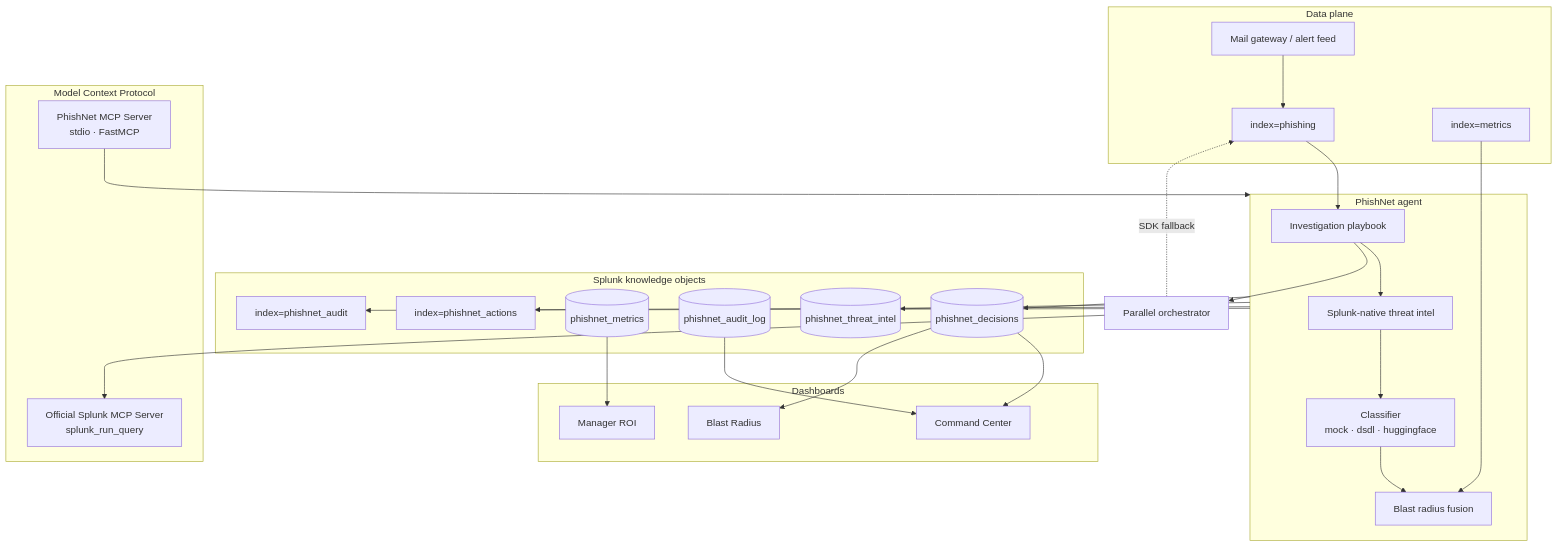
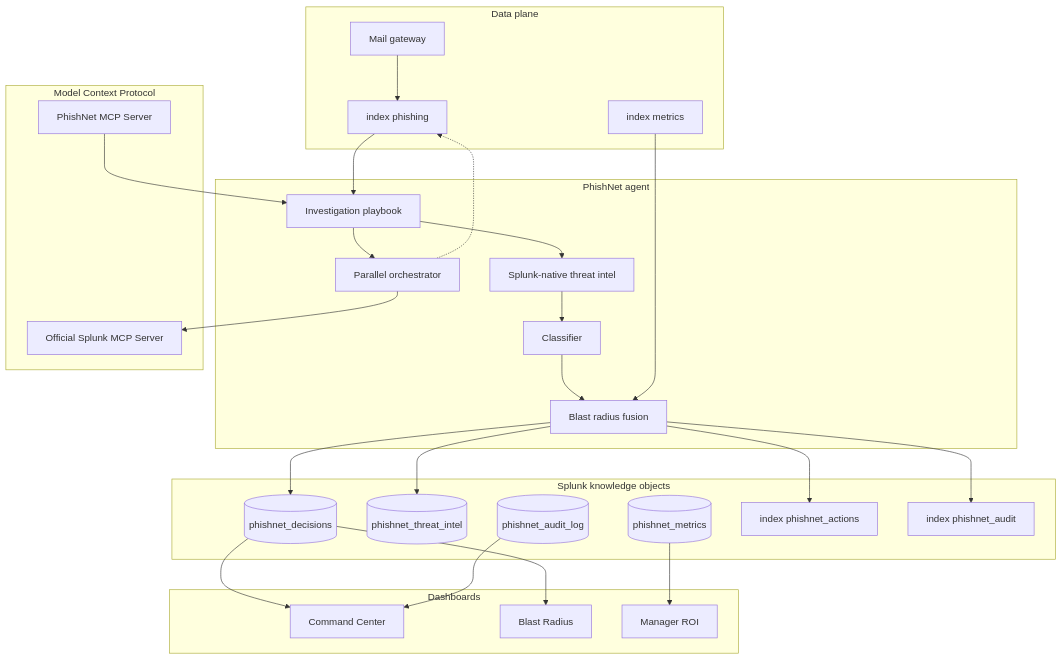
One commit to VineetLoyer/phishnet changed the diagram in README.md. Above: the diagram before and after it, drawn with Mermaid. The commit also changed 1 other file, not shown here.

Commit message:
bug fix:architecture diagram

````diff
--- a/README.md
+++ b/README.md
@@ -56,48 +56,53 @@
 ```mermaid
 flowchart TB
-    subgraph Ingest["Data plane"]
-        MG["Mail gateway / alert feed"]
-        IDX["index=phishing"]
-        MET["index=metrics"]
+    subgraph ingest [Data plane]
+        MG[Mail gateway]
+        IDX[index phishing]
+        MET[index metrics]
         MG --> IDX
     end
 
-    subgraph Agent["PhishNet agent"]
-        PL["Investigation playbook"]
-        TI["Splunk-native threat intel"]
-        CL["Classifier<br/>mock · dsdl · huggingface"]
-        BR["Blast radius fusion"]
+    subgraph agent [PhishNet agent]
+        PL[Investigation playbook]
+        TI[Splunk-native threat intel]
+        CL[Classifier]
+        BR[Blast radius fusion]
+        ORCH[Parallel orchestrator]
         PL --> TI --> CL --> BR
+        PL --> ORCH
     end
 
-    subgraph Store["Splunk knowledge objects"]
-        KV1[("phishnet_decisions")]
-        KV2[("phishnet_threat_intel")]
-        KV3[("phishnet_metrics")]
-        KV4[("phishnet_audit_log")]
-        ACT["index=phishnet_actions"]
-        AUD["index=phishnet_audit"]
+    subgraph store [Splunk knowledge objects]
+        KV1[(phishnet_decisions)]
+        KV2[(phishnet_threat_intel)]
+        KV3[(phishnet_metrics)]
+        KV4[(phishnet_audit_log)]
+        ACT[index phishnet_actions]
+        AUD[index phishnet_audit]
     end
 
-    subgraph MCP["Model Context Protocol"]
-        PN_MCP["PhishNet MCP Server<br/>stdio · FastMCP"]
-        SK_MCP["Official Splunk MCP Server<br/>splunk_run_query"]
+    subgraph mcp [Model Context Protocol]
+        PN_MCP[PhishNet MCP Server]
+        SK_MCP[Official Splunk MCP Server]
     end
 
-    subgraph UI["Dashboards"]
-        CC["Command Center"]
-        BRD["Blast Radius"]
-        ROI["Manager ROI"]
+    subgraph ui [Dashboards]
+        CC[Command Center]
+        BRD[Blast Radius]
+        ROI[Manager ROI]
     end
 
     IDX --> PL
     MET --> BR
-    Agent --> KV1 & KV2 & ACT & AUD
-    PL --> ORCH["Parallel orchestrator"]
+    BR --> KV1
+    BR --> KV2
+    BR --> ACT
+    BR --> AUD
     ORCH --> SK_MCP
-    ORCH -. SDK fallback .-> IDX
-    PN_MCP --> Agent
-    KV1 --> CC & BRD
+    ORCH -.-> IDX
+    PN_MCP --> PL
+    KV1 --> CC
+    KV1 --> BRD
     KV3 --> ROI
     KV4 --> CC
 ```
````
